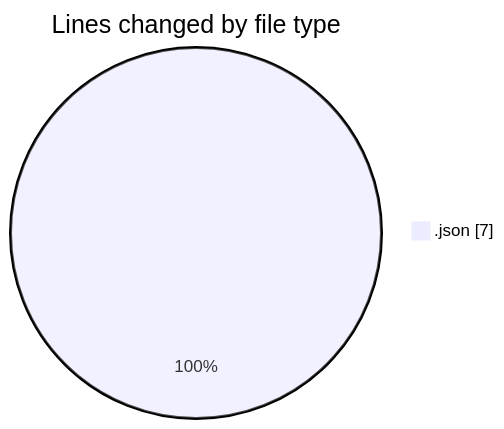
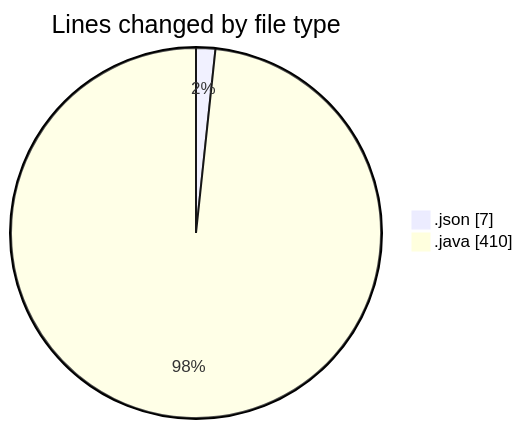
The first of 2 diagrams in 2026-02-25/cilapp/README.md (ricardozamudiocil/code-tracking), drawn with Mermaid before and after one commit. The commit also changed other lines of this file and 1 other file, not shown here.

````diff
--- a/2026-02-25/cilapp/README.md
+++ b/2026-02-25/cilapp/README.md
@@ -20,5 +22,6 @@
 ```mermaid
 pie showData
 title Lines changed by file type
 ".json" : 7
+".java" : 410
 ```
````
